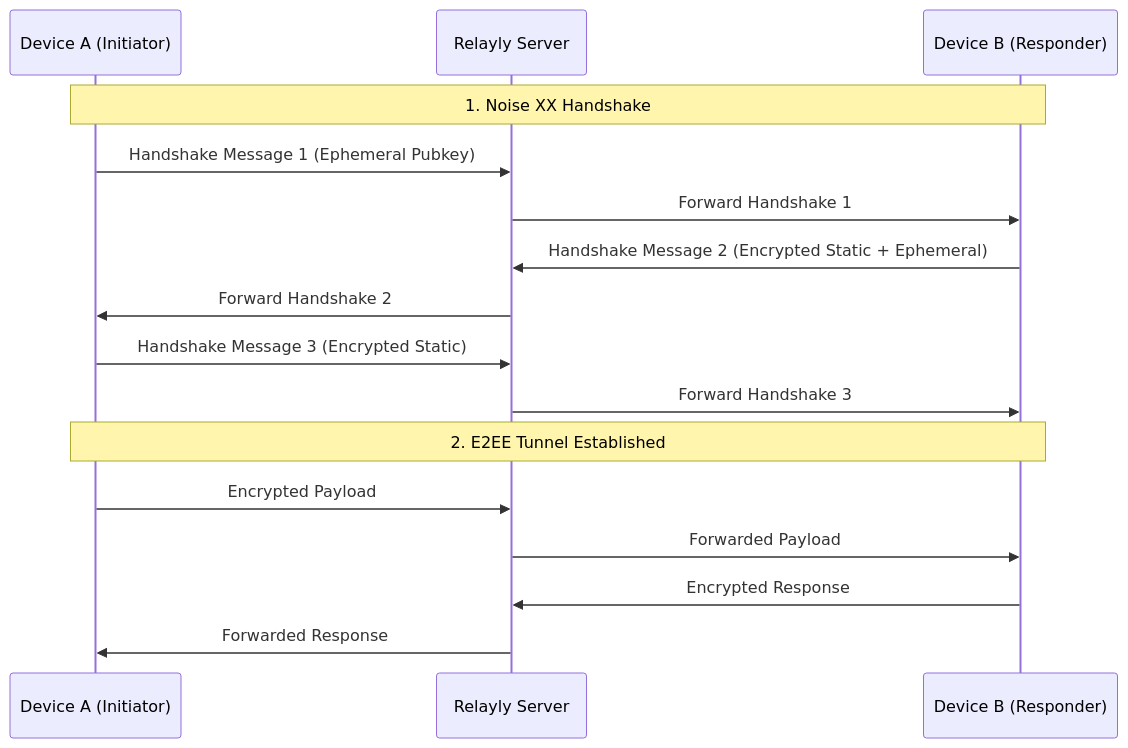
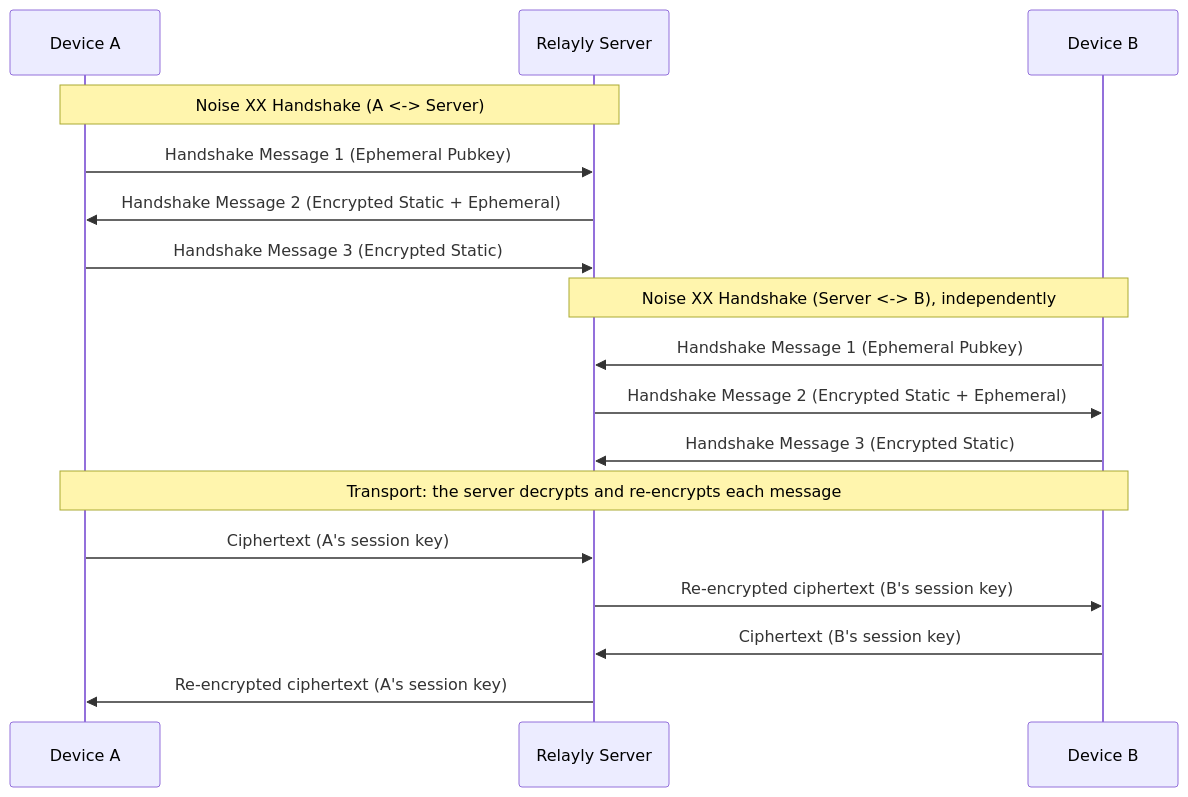
One commit to NIKX-Tech/relayly changed the diagram in README.md. Above: the diagram before and after it, drawn with Mermaid. The commit also changed other lines of this file and 9 other files, not shown here.

````diff
--- a/README.md
+++ b/README.md
@@ -68,20 +83,22 @@
 ```mermaid
 sequenceDiagram
-    participant A as Device A (Initiator)
+    participant A as Device A
     participant R as Relayly Server
-    participant B as Device B (Responder)
+    participant B as Device B
 
-    Note over A,B: 1. Noise XX Handshake
+    Note over A,R: Noise XX Handshake (A <-> Server)
     A->>R: Handshake Message 1 (Ephemeral Pubkey)
-    R->>B: Forward Handshake 1
-    B->>R: Handshake Message 2 (Encrypted Static + Ephemeral)
-    R->>A: Forward Handshake 2
+    R->>A: Handshake Message 2 (Encrypted Static + Ephemeral)
     A->>R: Handshake Message 3 (Encrypted Static)
-    R->>B: Forward Handshake 3
 
-    Note over A,B: 2. E2EE Tunnel Established
-    A->>R: Encrypted Payload
-    R->>B: Forwarded Payload
-    B->>R: Encrypted Response
-    R->>A: Forwarded Response
+    Note over R,B: Noise XX Handshake (Server <-> B), independently
+    B->>R: Handshake Message 1 (Ephemeral Pubkey)
+    R->>B: Handshake Message 2 (Encrypted Static + Ephemeral)
+    B->>R: Handshake Message 3 (Encrypted Static)
+
+    Note over A,B: Transport: the server decrypts and re-encrypts each message
+    A->>R: Ciphertext (A's session key)
+    R->>B: Re-encrypted ciphertext (B's session key)
+    B->>R: Ciphertext (B's session key)
+    R->>A: Re-encrypted ciphertext (A's session key)
 ```
````
